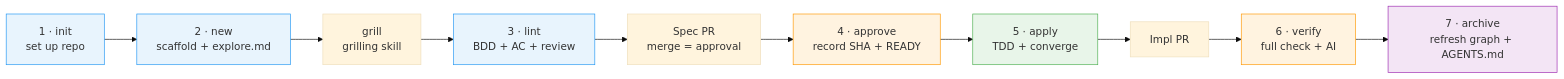
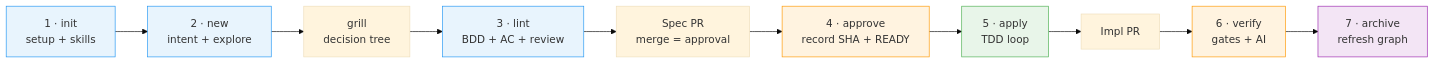
Before and after one commit to akjamie/agentic-sdlc: the first of 2 diagrams in README.md, drawn with Mermaid (base theme). The commit also changed other lines of this file and 62 other files, not shown here.

Commit message:
feat: complete Agentic SDLC architecture, toolchain, skills, and documentation

````diff
--- a/README.md
+++ b/README.md
@@ -117,16 +111,16 @@
 ```mermaid
 flowchart LR
-    S1["1 · init<br/>set up repo"] --> S2["2 · new<br/>scaffold + explore.md"]
-    S2 --> G["grill<br/>grilling skill"] --> S3["3 · lint<br/>BDD + AC + review"]
+    S1["1 · init<br/>setup + skills"] --> S2["2 · new<br/>intent + explore"]
+    S2 --> G["grill<br/>decision tree"] --> S3["3 · lint<br/>BDD + AC + review"]
     S3 --> PR["Spec PR<br/>merge = approval"] --> S4["4 · approve<br/>record SHA + READY"]
-    S4 --> S5["5 · apply<br/>TDD + converge"] --> PR2["Impl PR"]
-    PR2 --> S6["6 · verify<br/>full check + AI"] --> S7["7 · archive<br/>refresh graph + AGENTS.md"]
+    S4 --> S5["5 · apply<br/>TDD loop"] --> PR2["Impl PR"]
+    PR2 --> S6["6 · verify<br/>gates + AI"] --> S7["7 · archive<br/>refresh graph"]
 
     style S1 fill:#e8f4fd,stroke:#2196f3
     style S2 fill:#e8f4fd,stroke:#2196f3
     style S3 fill:#e8f4fd,stroke:#2196f3
     style S4 fill:#fff3e0,stroke:#ff9800
     style S5 fill:#e8f5e9,stroke:#4caf50
     style S6 fill:#fff3e0,stroke:#ff9800
     style S7 fill:#f3e5f5,stroke:#9c27b0
 ```
````
